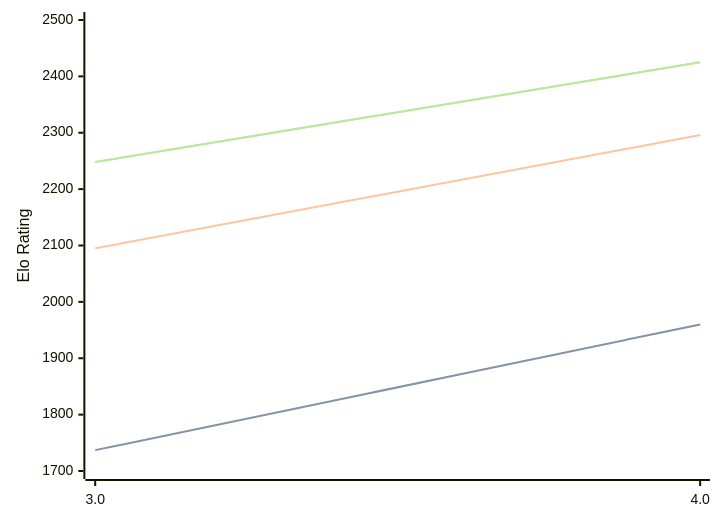
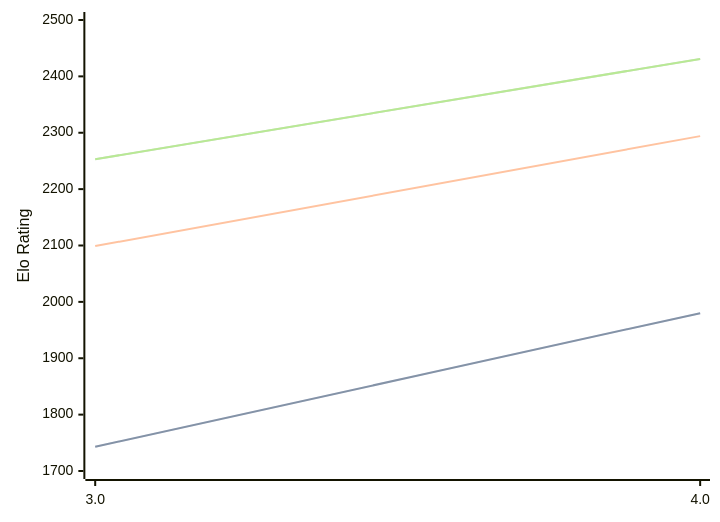
The diagram in engines/Pea.md (computer-chess-index/cci), drawn with Mermaid before and after one commit. The commit also changed other lines of this file, not shown here.

Commit message:
Update CCI Ratings (ELO VLTC) - 2026-04-14

````diff
--- a/engines/Pea.md
+++ b/engines/Pea.md
@@ -34,11 +34,11 @@
 ```mermaid
 %%{init: {"theme":"base","themeVariables":{"seriesColors:['#a3a3a3','#222221','#faa371']}}}%%
 xychart-beta
   x-axis ["3.0", "4.0"]
   y-axis "Elo Rating" 1700 --> 2500
-  line "STC (8.0+0.08s)" [1737, 1960]
-  line "STC (8.0+0.08s)" [1737, 1960]
-  line "LTC (60.0+0.60s)" [2095, 2296]
-  line "VLTC (2m24s+1.12s)" [2248, 2425]
-  line "VLTC (2m24s+1.12s)" [2248, 2425]
+  line "STC (8.0+0.08s)" [1743, 1980]
+  line "STC (8.0+0.08s)" [1743, 1980]
+  line "LTC (60.0+0.60s)" [2099, 2294]
+  line "VLTC (2m24s+1.12s)" [2253, 2431]
+  line "VLTC (2m24s+1.12s)" [2253, 2431]
 ```
````
